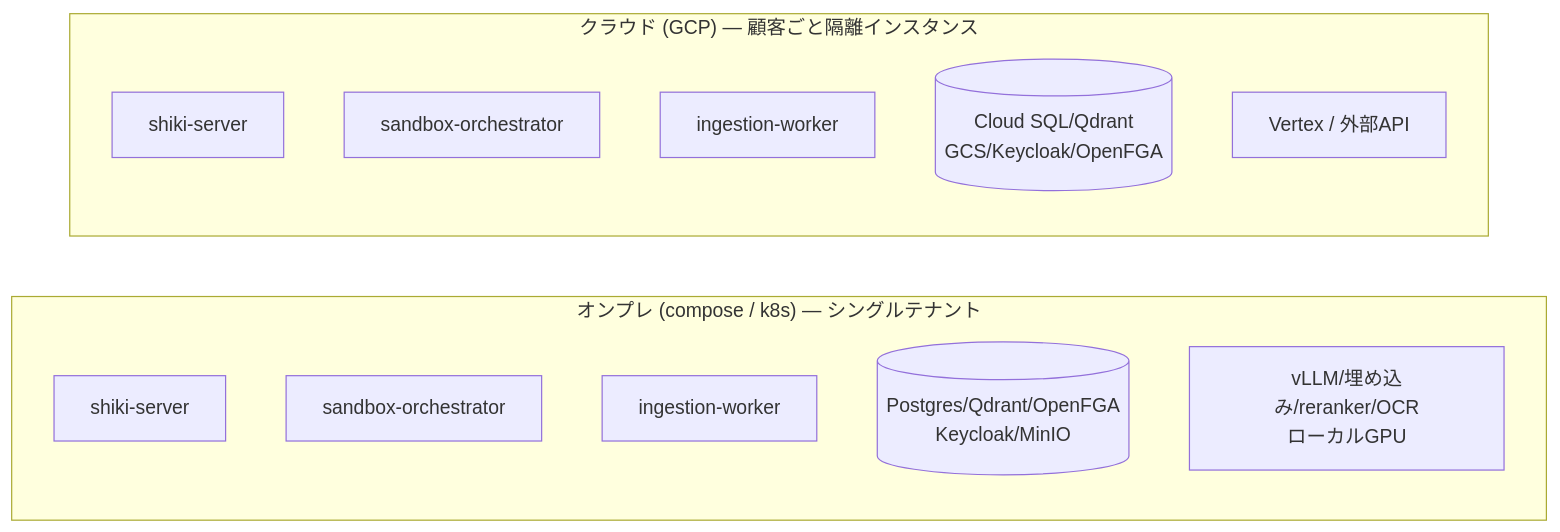
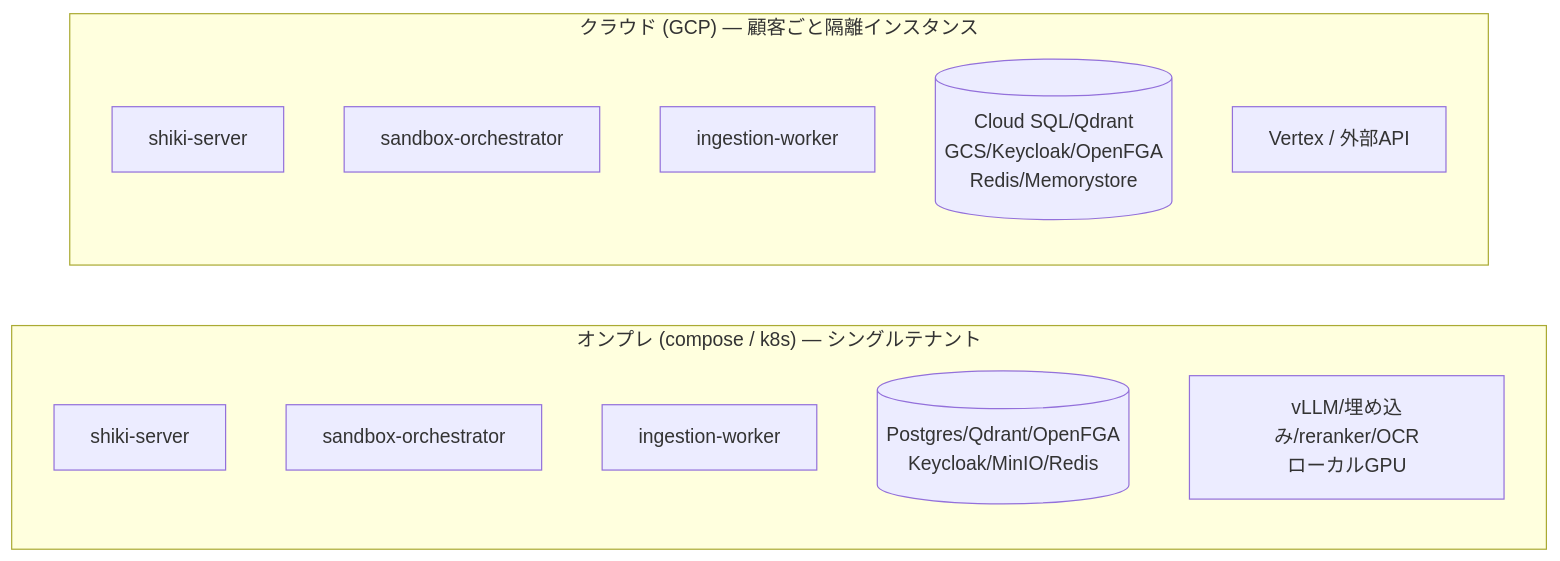
The second of 8 diagrams in docs/design.md (imanect-labs/shiki-platform), drawn with Mermaid before and after one commit. The commit also changed other lines of this file and 4 other files, not shown here.

````diff
--- a/docs/design.md
+++ b/docs/design.md
@@ -77,18 +79,18 @@
 ```mermaid
 flowchart LR
   subgraph OnPrem["オンプレ (compose / k8s) — シングルテナント"]
     S1[shiki-server]
     O1[sandbox-orchestrator]
     I1[ingestion-worker]
-    DEP1[(Postgres/Qdrant/OpenFGA<br/>Keycloak/MinIO)]
+    DEP1[(Postgres/Qdrant/OpenFGA<br/>Keycloak/MinIO/Redis)]
     INF1[vLLM/埋め込み/reranker/OCR<br/>ローカルGPU]
   end
 
   subgraph Cloud["クラウド (GCP) — 顧客ごと隔離インスタンス"]
     S2[shiki-server]
     O2[sandbox-orchestrator]
     I2[ingestion-worker]
-    DEP2[(Cloud SQL/Qdrant<br/>GCS/Keycloak/OpenFGA)]
+    DEP2[(Cloud SQL/Qdrant<br/>GCS/Keycloak/OpenFGA<br/>Redis/Memorystore)]
     INF2[Vertex / 外部API]
   end
 ```
````
